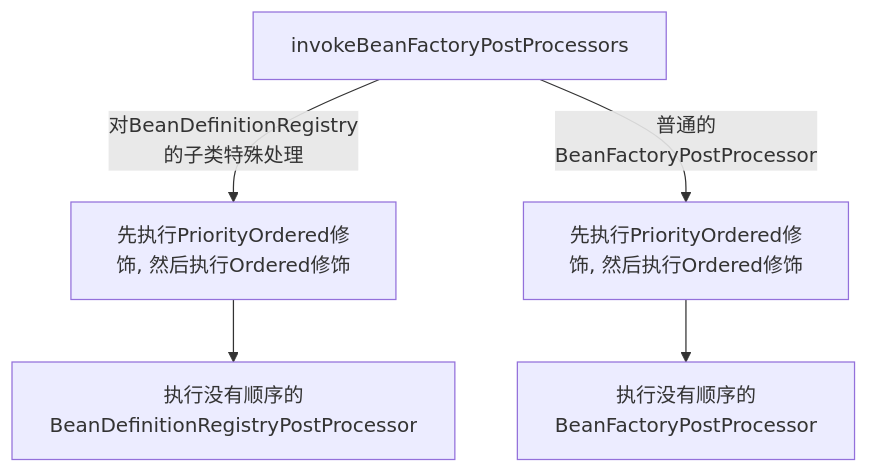
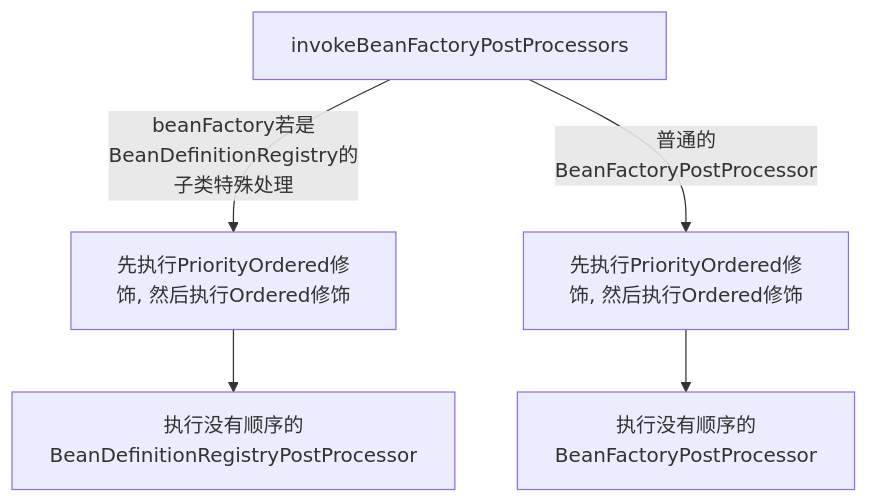
The eighth of 9 diagrams in Spring/Spring源码.md (LCW-QAQ/StudayNote), drawn with Mermaid before and after one commit. The commit also changed other lines of this file, not shown here.

Commit message:
ConfigurationClassPostProcessor

````diff
--- a/Spring/Spring源码.md
+++ b/Spring/Spring源码.md
@@ -220,7 +222,7 @@
 ```mermaid
 graph TB
-invokeBeanFactoryPostProcessors -->|对BeanDefinitionRegistry的子类特殊处理| invokeSortBeanDefinitionRegistryPostProcessor[先执行PriorityOrdered修饰, 然后执行Ordered修饰]
+invokeBeanFactoryPostProcessors -->|beanFactory若是BeanDefinitionRegistry的子类特殊处理| invokeSortBeanDefinitionRegistryPostProcessor[先执行PriorityOrdered修饰, 然后执行Ordered修饰]
 	--> invokeNonSortBeanDefinitionRegistryPostProcessor[执行没有顺序的BeanDefinitionRegistryPostProcessor]
 invokeBeanFactoryPostProcessors -->|普通的BeanFactoryPostProcessor| invokeSortBeanFactoryPostProcessor[先执行PriorityOrdered修饰, 然后执行Ordered修饰]
 	--> invokeNonSortBeanFactoryPostProcessor[执行没有顺序的BeanFactoryPostProcessor]
 ```
````
